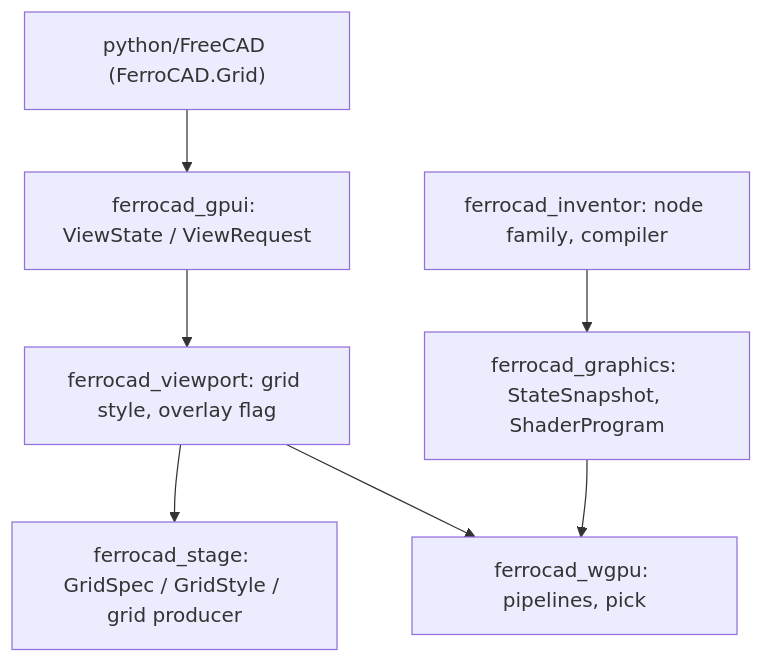
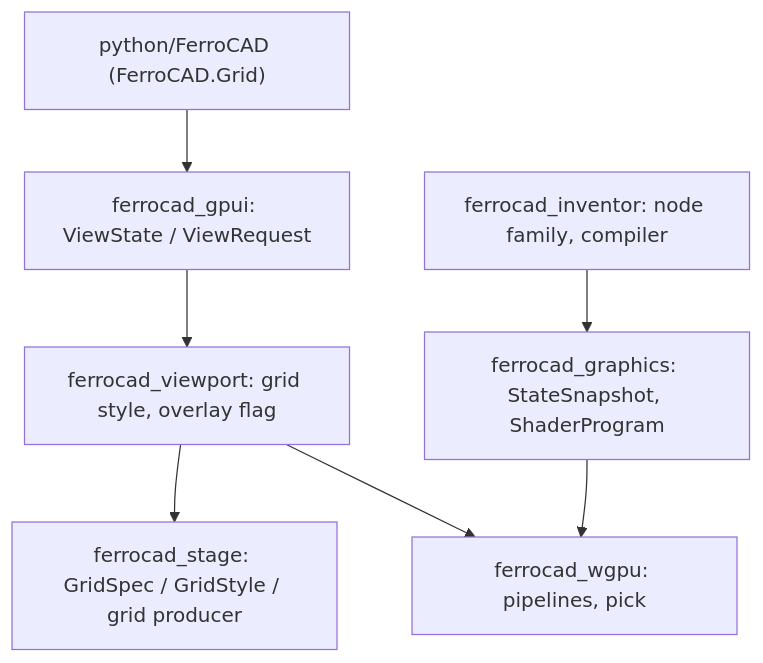
The second of 2 diagrams in docs/workbenches/grid-overlay-plan.md (ferrocad/ferrocad), drawn with Mermaid before and after one commit. The commit also changed other lines of this file and 5 other files, not shown here.

First line of the commit message:
api: enforce the FerroCAD namespace boundary

````diff
--- a/docs/workbenches/grid-overlay-plan.md
+++ b/docs/workbenches/grid-overlay-plan.md
@@ -577,13 +577,13 @@
 ```mermaid
 flowchart TD
-    P["python/FreeCAD (FerroCAD.Grid)"]
+    P["python/FerroCAD (FerroCAD.Grid)"]
     S["ferrocad_gpui: ViewState / ViewRequest"]
     V["ferrocad_viewport: grid style, overlay flag"]
     T["ferrocad_stage: GridSpec / GridStyle / grid producer"]
     I["ferrocad_inventor: node family, compiler"]
     R["ferrocad_graphics: StateSnapshot, ShaderProgram"]
     W["ferrocad_wgpu: pipelines, pick"]
     P --> S --> V --> T
     I --> R --> W
     V --> W
 ```
````
